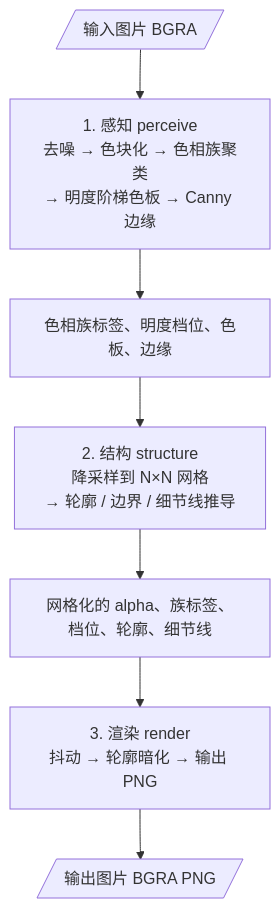
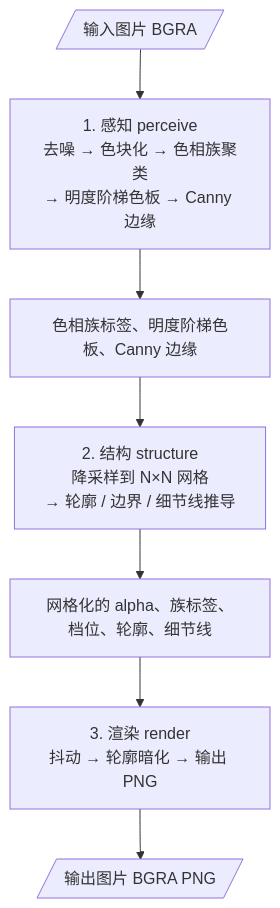
The diagram in docs/算法说明.md (asinkLuno/img2pixelart), drawn with Mermaid before and after one commit. The commit also changed 18 other files, not shown here.

First line of the commit message:
refactor: 抽取共享图像辅助模块，消除跨阶段重复 (#16)

````diff
--- a/docs/算法说明.md
+++ b/docs/算法说明.md
@@ -9,12 +9,12 @@
 ```mermaid
 flowchart TD
     INPUT[/输入图片 BGRA/]
     P1["1. 感知 perceive<br/>去噪 → 色块化 → 色相族聚类<br/>→ 明度阶梯色板 → Canny 边缘"]
-    P1_OUT["色相族标签、明度档位、色板、边缘"]
+    P1_OUT["色相族标签、明度阶梯色板、Canny 边缘"]
     P2["2. 结构 structure<br/>降采样到 N×N 网格<br/>→ 轮廓 / 边界 / 细节线推导"]
     P2_OUT["网格化的 alpha、族标签、档位、轮廓、细节线"]
     P3["3. 渲染 render<br/>抖动 → 轮廓暗化 → 输出 PNG"]
     OUTPUT[/输出图片 BGRA PNG/]
 
     INPUT --> P1 --> P1_OUT --> P2 --> P2_OUT --> P3 --> OUTPUT
 ```
````
